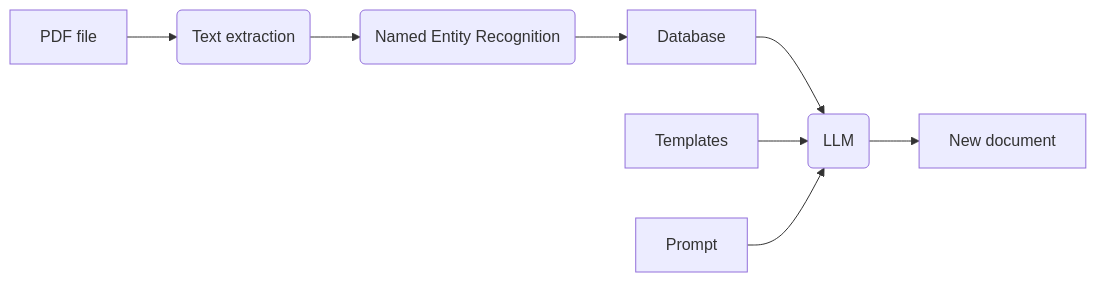
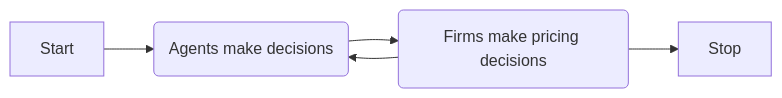
One commit to Bodz1a/MasterThesis75184SGH changed the diagram in README.md. Above: the diagram before and after it, drawn with Mermaid. The commit also changed other lines of this file, not shown here.

````diff
--- a/README.md
+++ b/README.md
@@ -9,10 +19,8 @@
 ```mermaid
 graph LR
-A[PDF file] --> B(Text extraction)
-B --> C(Named Entity Recognition)
-C --> D[Database]
-D --> E(LLM)
-F[Templates] --> E
-G[Prompt] --> E
-E --> H[New document]
+
+A[Start] --> B(Agents make decisions)
+B --> C(Firms make pricing decisions)
+C --> B
+C-->D[Stop]
 ```
````
